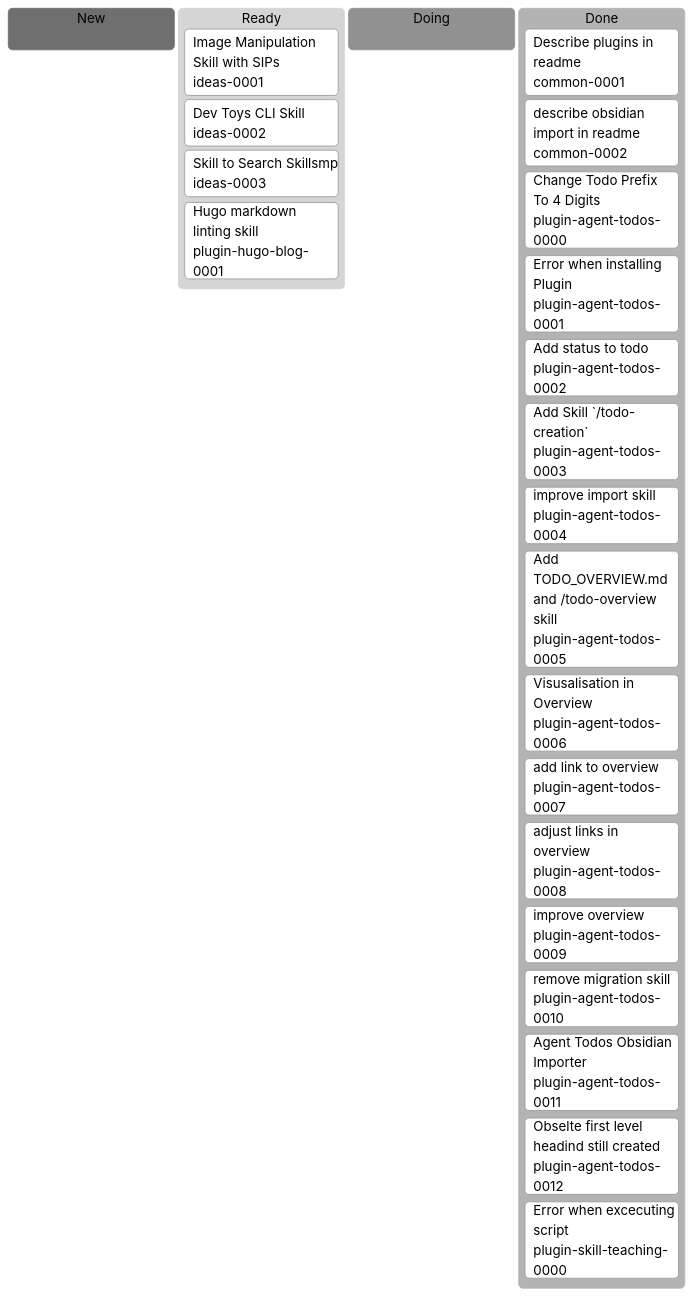
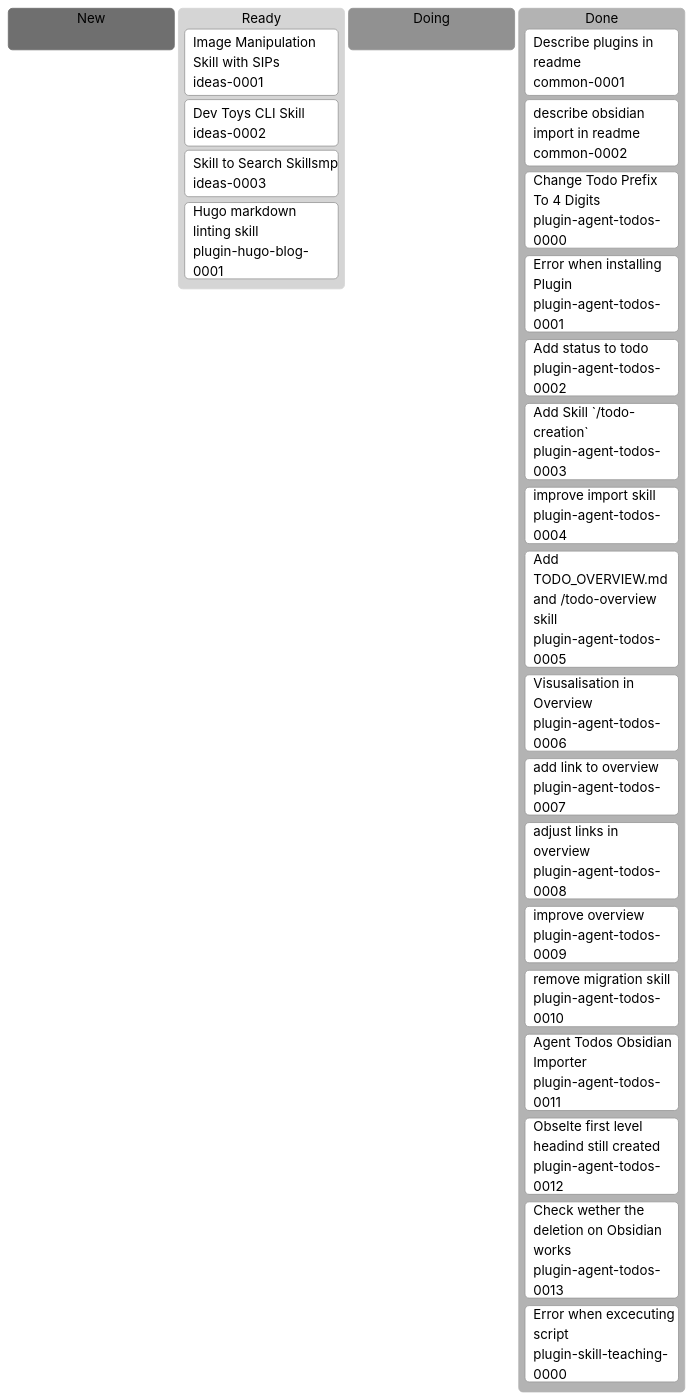
The diagram in docs/agent-todos/TODO_OVERVIEW.md (erich3000/ji-agent-skills), drawn with Mermaid before and after one commit. The commit also changed other lines of this file and 1 other file, not shown here.

````diff
--- a/docs/agent-todos/TODO_OVERVIEW.md
+++ b/docs/agent-todos/TODO_OVERVIEW.md
@@ -7,30 +7,31 @@
 ```mermaid
 %%{init: {"theme":"neutral"}}%%
 kanban
   new[New]
 
   ready[Ready]
     ideas-0001[Image Manipulation Skill with SIPs]@{ ticket: ideas-0001 }
     ideas-0002[Dev Toys CLI Skill]@{ ticket: ideas-0002 }
     ideas-0003[Skill to Search Skillsmp]@{ ticket: ideas-0003 }
     plugin-hugo-blog-0001[Hugo markdown linting skill]@{ ticket: plugin-hugo-blog-0001 }
   doing[Doing]
 
   done[Done]
     common-0001[Describe plugins in readme]@{ ticket: common-0001 }
     common-0002[describe obsidian import in readme]@{ ticket: common-0002 }
     plugin-agent-todos-0000[Change Todo Prefix To 4 Digits]@{ ticket: plugin-agent-todos-0000 }
     plugin-agent-todos-0001[Error when installing Plugin]@{ ticket: plugin-agent-todos-0001 }
     plugin-agent-todos-0002[Add status to todo]@{ ticket: plugin-agent-todos-0002 }
     plugin-agent-todos-0003[Add Skill `/todo-creation`]@{ ticket: plugin-agent-todos-0003 }
     plugin-agent-todos-0004[improve import skill]@{ ticket: plugin-agent-todos-0004 }
     plugin-agent-todos-0005[Add TODO_OVERVIEW.md and /todo-overview skill]@{ ticket: plugin-agent-todos-0005 }
     plugin-agent-todos-0006[Visusalisation in Overview]@{ ticket: plugin-agent-todos-0006 }
     plugin-agent-todos-0007[add link to overview]@{ ticket: plugin-agent-todos-0007 }
     plugin-agent-todos-0008[adjust links in overview]@{ ticket: plugin-agent-todos-0008 }
     plugin-agent-todos-0009[improve overview]@{ ticket: plugin-agent-todos-0009 }
     plugin-agent-todos-0010[remove migration skill]@{ ticket: plugin-agent-todos-0010 }
     plugin-agent-todos-0011[Agent Todos Obsidian Importer]@{ ticket: plugin-agent-todos-0011 }
     plugin-agent-todos-0012[Obselte first level headind still created]@{ ticket: plugin-agent-todos-0012 }
+    plugin-agent-todos-0013[Check wether the deletion on Obsidian works]@{ ticket: plugin-agent-todos-0013 }
     plugin-skill-teaching-0000[Error when excecuting script]@{ ticket: plugin-skill-teaching-0000 }
 ```
````
